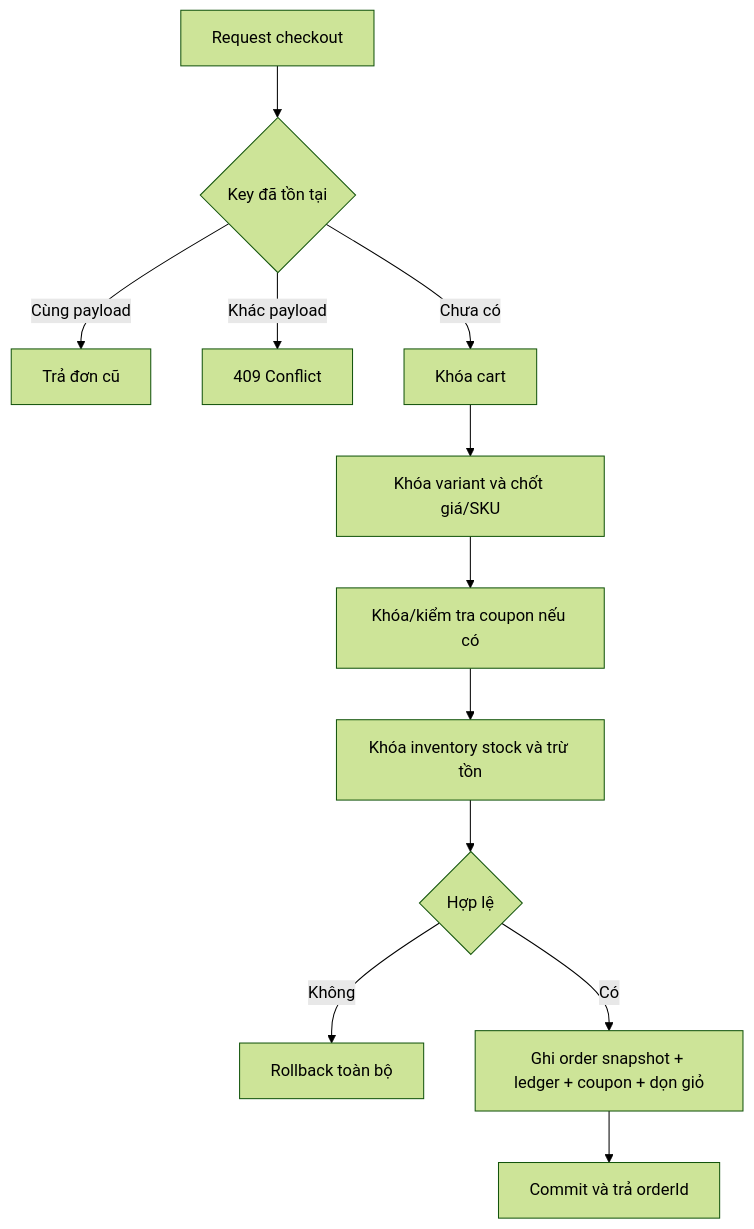
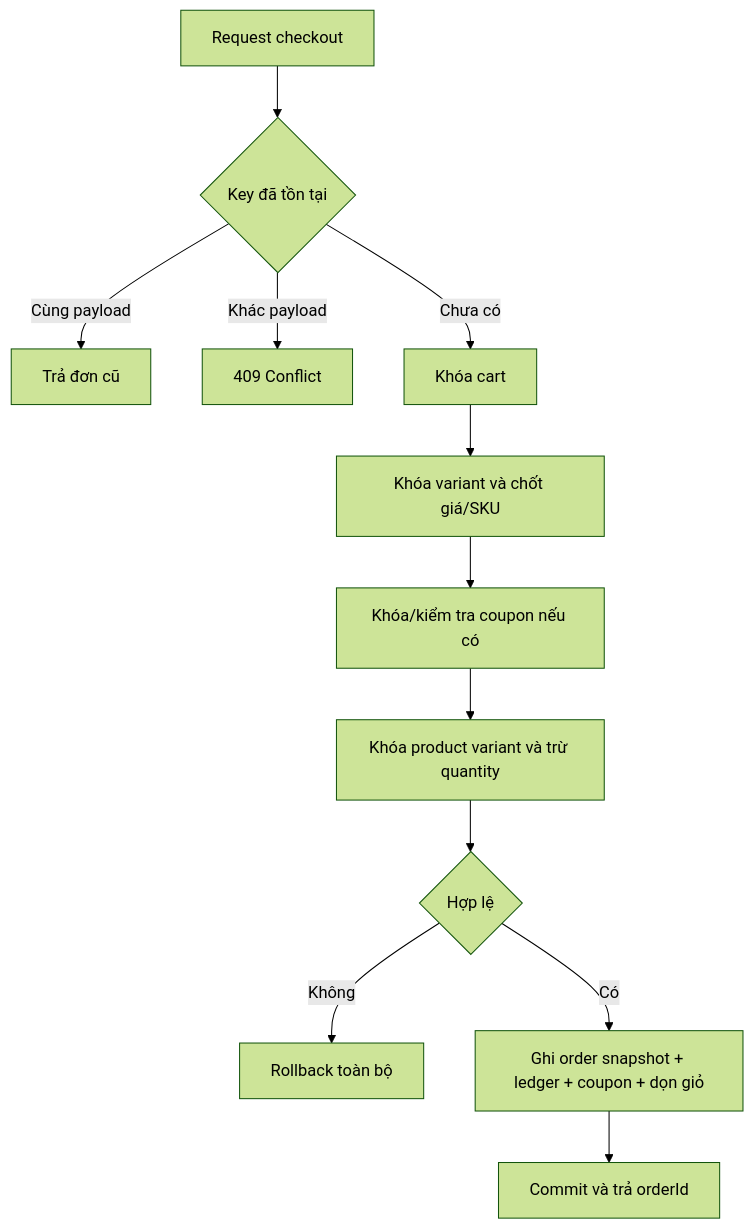
One commit to phananhkhang/LaptopStore changed the diagram in backend/docs/architecture/06-business-flows.md. Above: the diagram before and after it, drawn with Mermaid (forest theme). The commit also changed other lines of this file and 20 other files, not shown here.

First line of the commit message:
Align architecture docs with baseline ERD

````diff
--- a/backend/docs/architecture/06-business-flows.md
+++ b/backend/docs/architecture/06-business-flows.md
@@ -15,14 +15,14 @@
 ```mermaid
 flowchart TD
     Request[Request checkout] --> Existing{Key đã tồn tại}
     Existing -->|Cùng payload| Previous[Trả đơn cũ]
     Existing -->|Khác payload| Conflict[409 Conflict]
     Existing -->|Chưa có| Cart[Khóa cart]
     Cart --> Catalog[Khóa variant và chốt giá/SKU]
     Catalog --> Coupon[Khóa/kiểm tra coupon nếu có]
-    Coupon --> Stock[Khóa inventory stock và trừ tồn]
+    Coupon --> Stock[Khóa product variant và trừ quantity]
     Stock --> Valid{Hợp lệ}
     Valid -->|Không| Rollback[Rollback toàn bộ]
     Valid -->|Có| Save[Ghi order snapshot + ledger + coupon + dọn giỏ]
     Save --> Commit[Commit và trả orderId]
 ```
````
